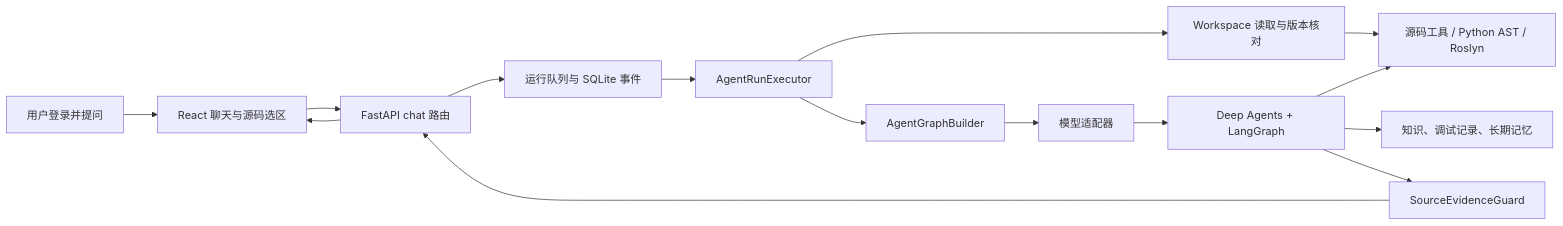
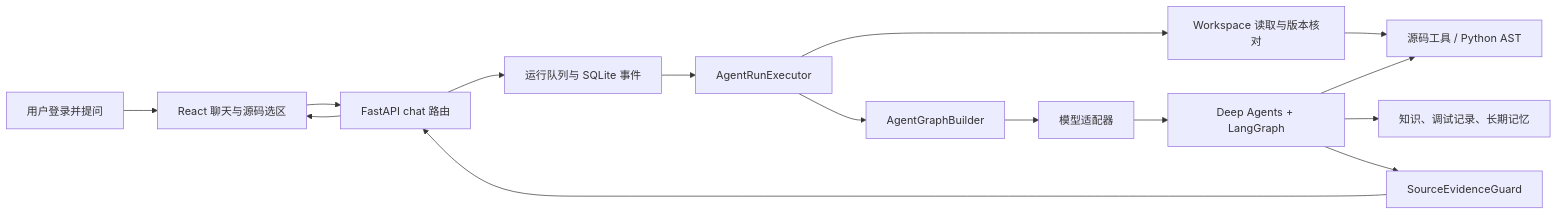
Before and after one commit to ccc644/akrs-code_rag: the diagram in docs/01_系统整体分析.md, drawn with Mermaid. The commit also changed other lines of this file and 9 other files, not shown here.

````diff
--- a/docs/01_系统整体分析.md
+++ b/docs/01_系统整体分析.md
@@ -63,17 +63,17 @@
 ```mermaid
 flowchart LR
     U[用户登录并提问] --> F[React 聊天与源码选区]
     F --> API[FastAPI chat 路由]
     API --> Q[运行队列与 SQLite 事件]
     Q --> E[AgentRunExecutor]
     E --> R[Workspace 读取与版本核对]
-    R --> T[源码工具 / Python AST / Roslyn]
+    R --> T[源码工具 / Python AST]
     E --> G[AgentGraphBuilder]
     G --> M[模型适配器]
     M --> A[Deep Agents + LangGraph]
     A --> T
     A --> K[知识、调试记录、长期记忆]
     A --> V[SourceEvidenceGuard]
     V --> API
     API --> F
 ```
````
